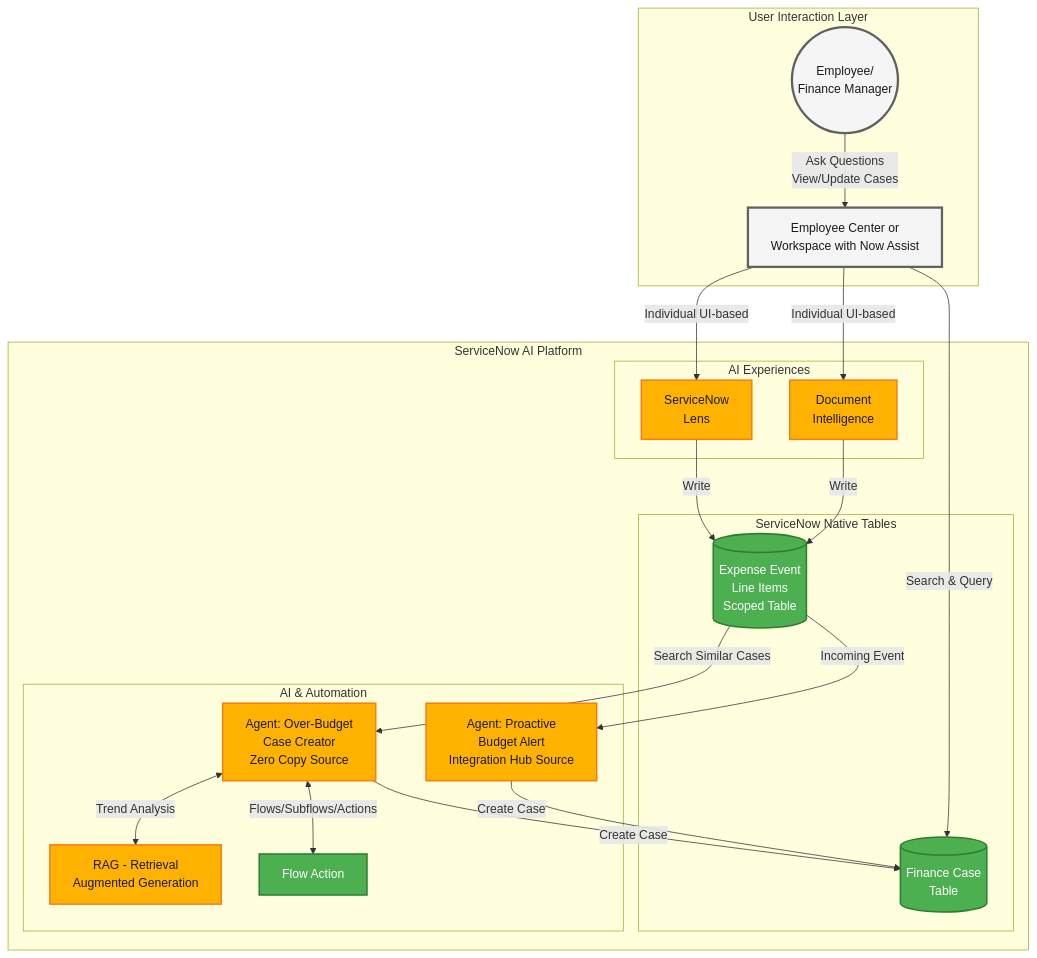
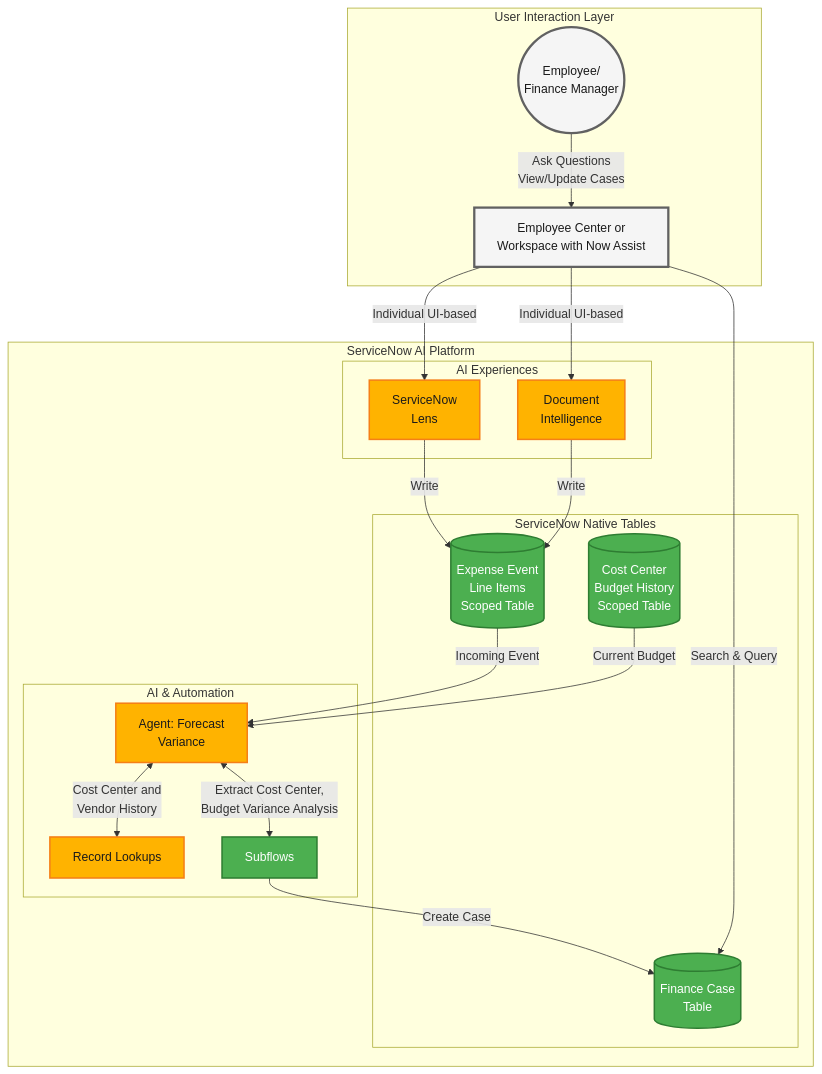
The diagram in lab-guide/extended-exercises/lab-exercise-servicenow-lens-and-document-intelligence.md (leojacinto/WorkflowDataFabric-TypeE), drawn with Mermaid before and after one commit. The commit also changed other lines of this file and 16 other files, not shown here.

````diff
--- a/lab-guide/extended-exercises/lab-exercise-servicenow-lens-and-document-intelligence.md
+++ b/lab-guide/extended-exercises/lab-exercise-servicenow-lens-and-document-intelligence.md
@@ -47,56 +47,53 @@
 ```mermaid
 graph TB
     subgraph "User Interaction Layer"
         Employee((Employee/<br/>Finance Manager))
         EC[Employee Center or<br/>Workspace with Now Assist]
     end
 
     subgraph "ServiceNow AI Platform"
         subgraph "ServiceNow Native Tables"
             ExpenseTable[(Expense Event<br/>Line Items<br/>Scoped Table)]
+            BudgetTable[(Cost Center<br/>Budget History<br/>Scoped Table)]
             FinCase[(Finance Case<br/>Table)]
         end
 
         subgraph "AI & Automation"
-            Agent1[Agent: Over-Budget<br/>Case Creator<br/>Zero Copy Source]
-            Agent2[Agent: Proactive<br/>Budget Alert<br/>Integration Hub Source]
-            RAG[RAG - Retrieval<br/>Augmented Generation]
-            FlowAction[Flow Action]
+            Agent1[Agent: Forecast<br/>Variance]
+            Lookups[Record Lookups]
+            FlowAction[Subflows]
         end
         subgraph "AI Experiences"
             Lens["ServiceNow</br>Lens"]
             DocIntel["Document</br>Intelligence"]
         end
     end
 
 
     %% Data Flow Connections
     EC -->|Individual UI-based| Lens -->|Write| ExpenseTable
     EC -->|Individual UI-based| DocIntel -->|Write| ExpenseTable
 
-    %% Agent 1 Workflow - Zero Copy Source
-    ExpenseTable -->|Search Similar Cases| Agent1
-    Agent1 -->|Create Case| FinCase
-    Agent1 <-->|Trend Analysis| RAG
-    Agent1 <-->|Flows/Subflows/Actions| FlowAction
-
-    %% Agent 2 Workflow - Integration Hub Source
-    ExpenseTable -->|Incoming Event| Agent2
-    Agent2 -->|Create Case| FinCase
+    %% Agent Workflow
+    ExpenseTable -->|Incoming Event| Agent1
+    BudgetTable -->|Current Budget| Agent1
+    Agent1 <-->|Cost Center and<br/>Vendor History| Lookups
+    Agent1 <-->|Extract Cost Center,<br/>Budget Variance Analysis| FlowAction
+    FlowAction -->|Create Case| FinCase
 
     %% User Interaction Connections
     Employee -->|Ask Questions<br/>View/Update Cases| EC
     EC -->|Search & Query| FinCase
 
 
     %% Styling
     classDef user fill:#F5F5F5,stroke:#616161,stroke-width:3px,color:#1a1a1a
     classDef nowassist fill:#FFB300,stroke:#F57F17,stroke-width:2px,color:#1a1a1a
     classDef platform fill:#4CAF50,stroke:#2E7D32,stroke-width:2px,color:#fff
 
-    class ExpenseTable,FinCase platform
-    class Agent1,Agent2,RAG nowassist
+    class ExpenseTable,BudgetTable,FinCase platform
+    class Agent1,Lookups nowassist
     class FlowAction platform
     class Lens,DocIntel nowassist
     class Employee,EC user
 ```
````
